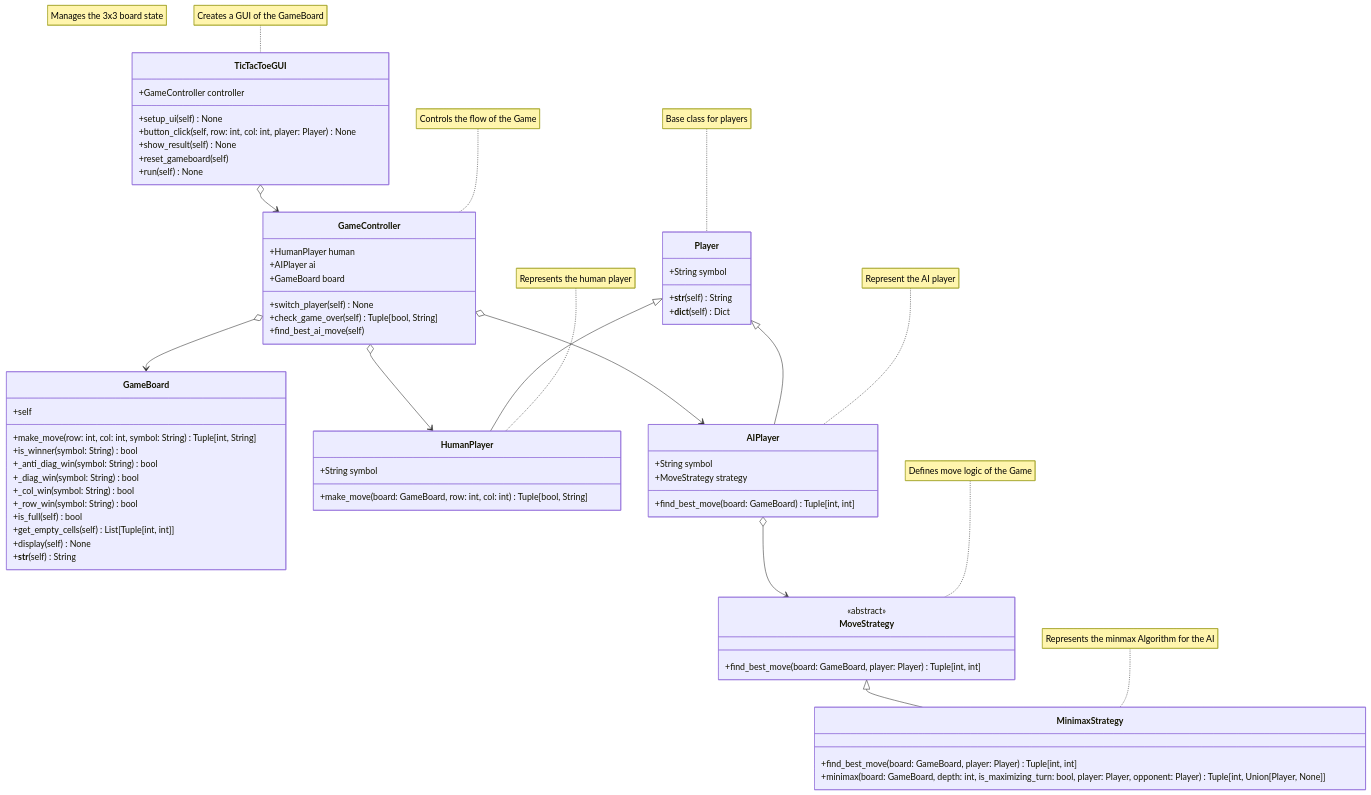
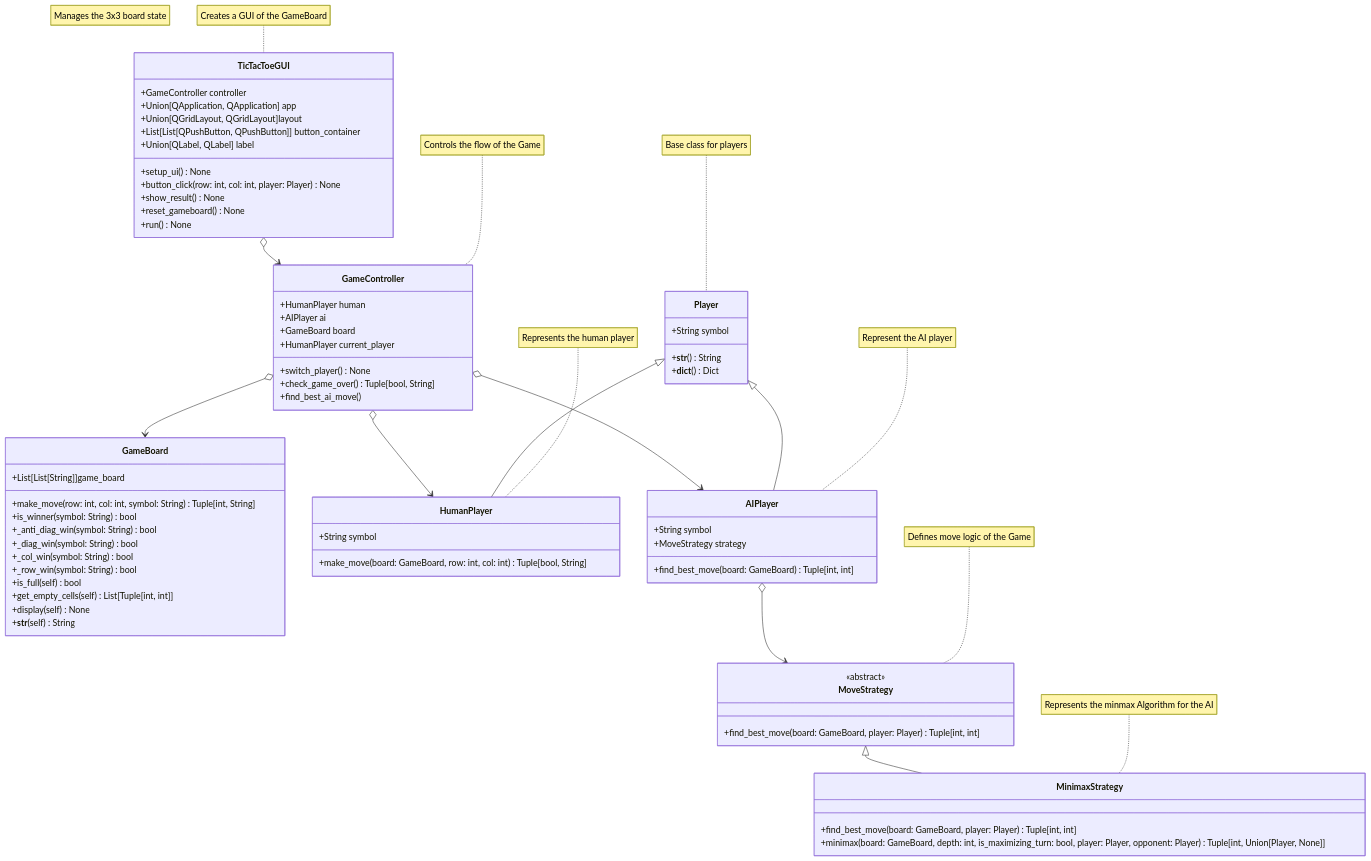
The first of 3 diagrams in README.md (Alena-Alexander/Tic-Tac-Toe), drawn with Mermaid before and after one commit. The commit also changed other lines of this file, not shown here.

```diff
--- a/README.md
+++ b/README.md
@@ -99,7 +99,7 @@
 classDiagram
     class GameBoard {
         %% Attributes
-        +self
+        +List[List[String]]game_board
         
         %% Methods
         +make_move(row: int, col: int, symbol: String) Tuple[int, String]
@@ -117,8 +117,8 @@
     class Player {
         +String symbol
         
-        +__str__(self) String
-        +__dict__(self) Dict
+        +__str__() String
+        +__dict__() Dict
     }
     
     class HumanPlayer {
@@ -148,20 +148,25 @@
         +HumanPlayer human
         +AIPlayer ai
         +GameBoard board
+        +HumanPlayer current_player
         
-        +switch_player(self) None
-        +check_game_over(self) Tuple[bool, String]
-        +find_best_ai_move(self)
+        +switch_player() None
+        +check_game_over() Tuple[bool, String]
+        +find_best_ai_move()
     }
     
     class TicTacToeGUI {
         +GameController controller
+        +Union[QApplication, QApplication] app
+        +Union[QGridLayout, QGridLayout]layout
+        +List[List[QPushButton, QPushButton]] button_container
+        +Union[QLabel, QLabel] label
         
-        +setup_ui(self) None
-        +button_click(self, row: int, col: int, player: Player) None
-        +show_result(self) None
-        +reset_gameboard(self)
-        +run(self) None
+        +setup_ui() None
+        +button_click(row: int, col: int, player: Player) None
+        +show_result() None
+        +reset_gameboard() None
+        +run() None
     }
     
     note for Gameboard "Manages the 3x3 board state"
```
